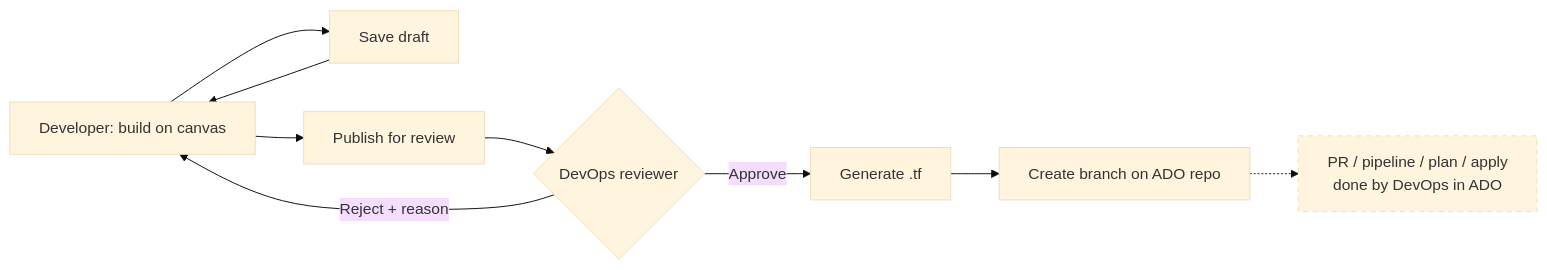
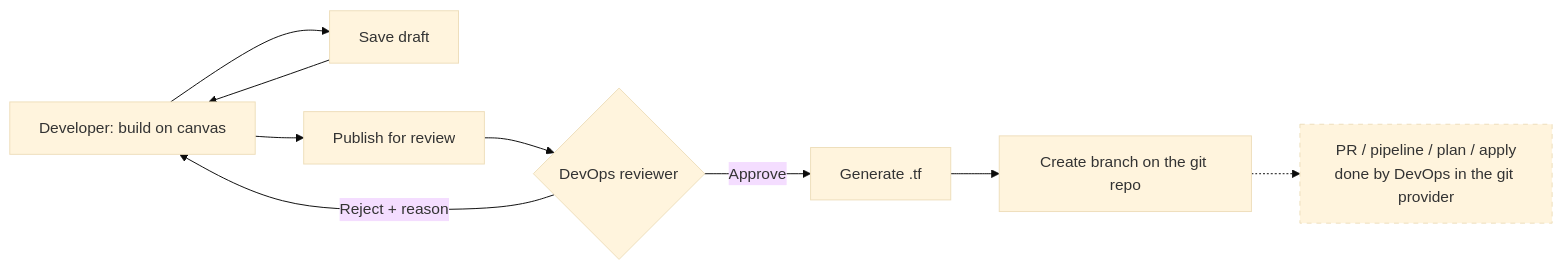
One commit to Anmewzaa/TerraFlow changed the diagram in docs/01-scope.md. Above: the diagram before and after it, drawn with Mermaid (base theme). The commit also changed other lines of this file and 8 other files, not shown here.

First line of the commit message:
docs: Phase 8 plan (git providers, Vercel + Supabase demo), D-049, hard rule 3 amended

````diff
--- a/docs/01-scope.md
+++ b/docs/01-scope.md
@@ -9,13 +9,13 @@
 ```mermaid
 flowchart LR
     A[Developer: build on canvas] --> B[Save draft]
     B --> A
     A --> C[Publish for review]
     C --> D{DevOps reviewer}
     D -- Reject + reason --> A
     D -- Approve --> E[Generate .tf]
-    E --> F[Create branch on ADO repo]
-    F -.-> G[PR / pipeline / plan / apply<br/>done by DevOps in ADO]
+    E --> F[Create branch on the git repo]
+    F -.-> G[PR / pipeline / plan / apply<br/>done by DevOps in the git provider]
 
     style G stroke-dasharray: 5 5
 ```
````
